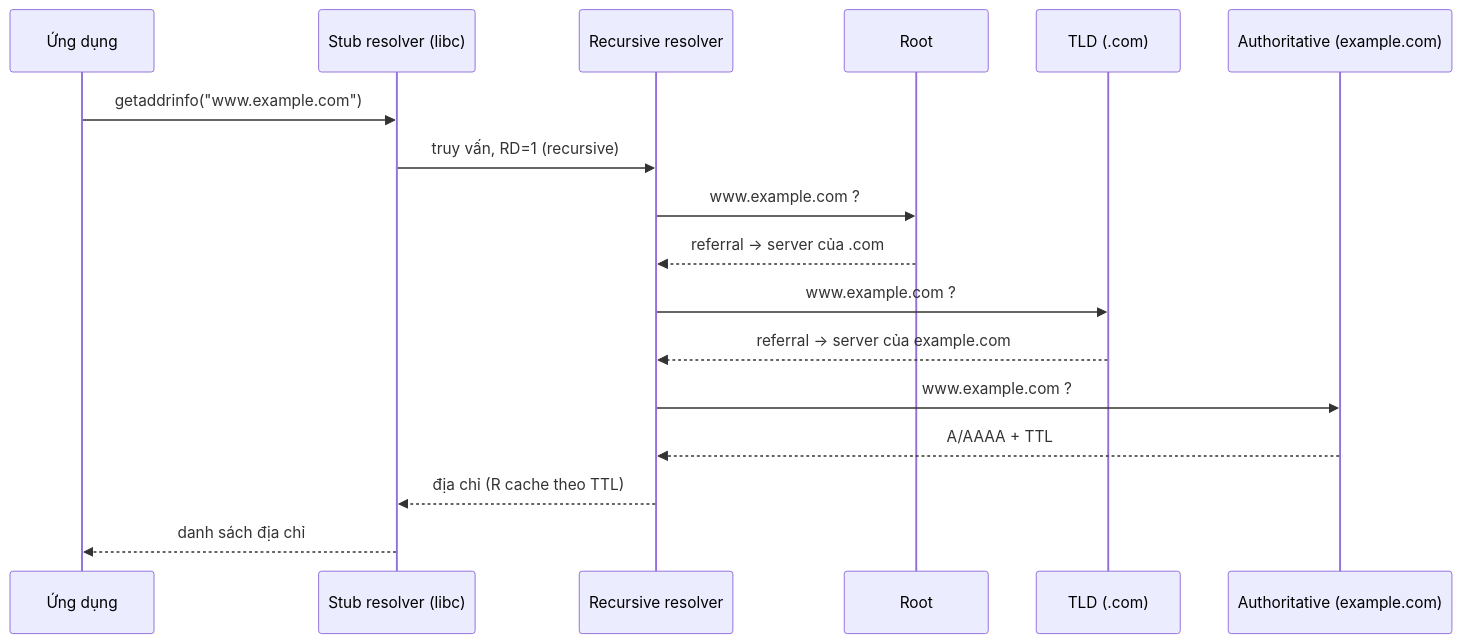
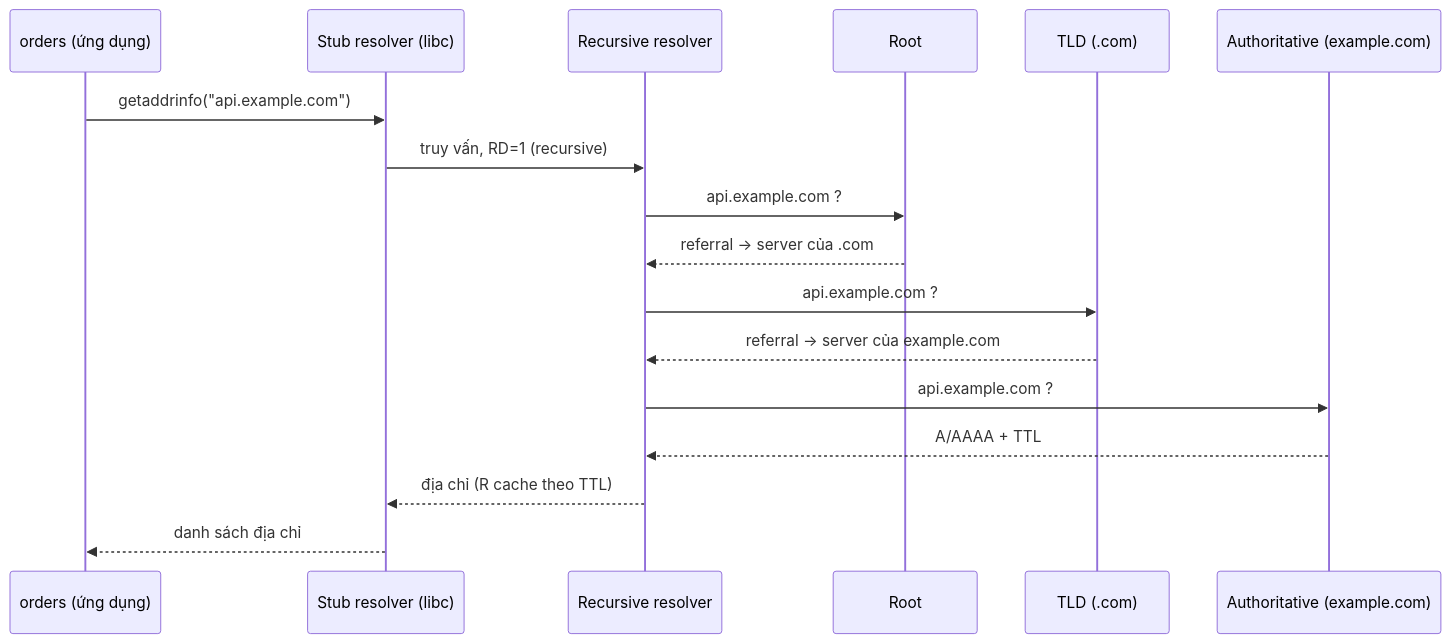
One commit to pirumu/irust changed the first of 3 diagrams in docs/06-networking/08-dns-http-tls.md. Above: the diagram before and after it, drawn with Mermaid. The commit also changed other lines of this file and 35 other files, not shown here.

````diff
--- a/docs/06-networking/08-dns-http-tls.md
+++ b/docs/06-networking/08-dns-http-tls.md
@@ -38,19 +52,19 @@
 ```mermaid
 sequenceDiagram
-  participant App as Ứng dụng
+  participant App as orders (ứng dụng)
   participant S as Stub resolver (libc)
   participant R as Recursive resolver
   participant Root as Root
   participant TLD as TLD (.com)
   participant Auth as Authoritative (example.com)
-  App->>S: getaddrinfo("www.example.com")
+  App->>S: getaddrinfo("api.example.com")
   S->>R: truy vấn, RD=1 (recursive)
-  R->>Root: www.example.com ?
+  R->>Root: api.example.com ?
   Root-->>R: referral → server của .com
-  R->>TLD: www.example.com ?
+  R->>TLD: api.example.com ?
   TLD-->>R: referral → server của example.com
-  R->>Auth: www.example.com ?
+  R->>Auth: api.example.com ?
   Auth-->>R: A/AAAA + TTL
   R-->>S: địa chỉ (R cache theo TTL)
   S-->>App: danh sách địa chỉ
 ```
````
